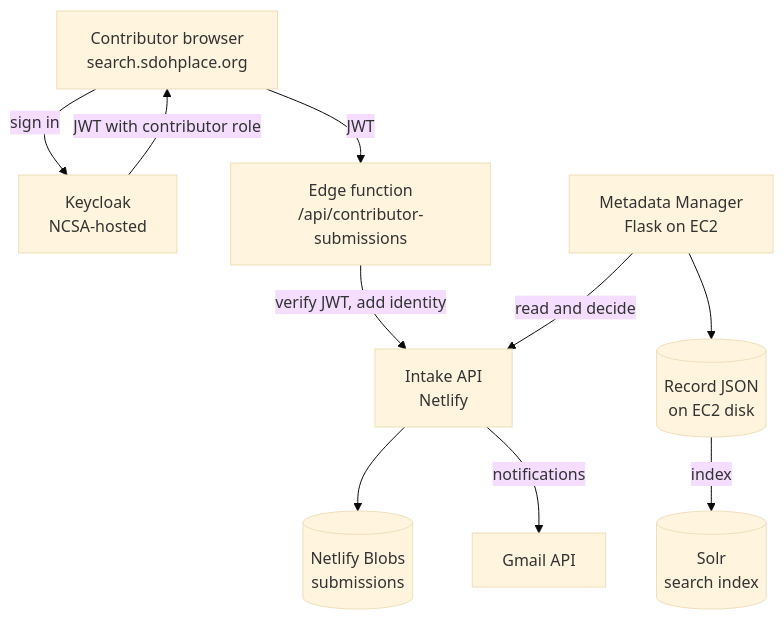
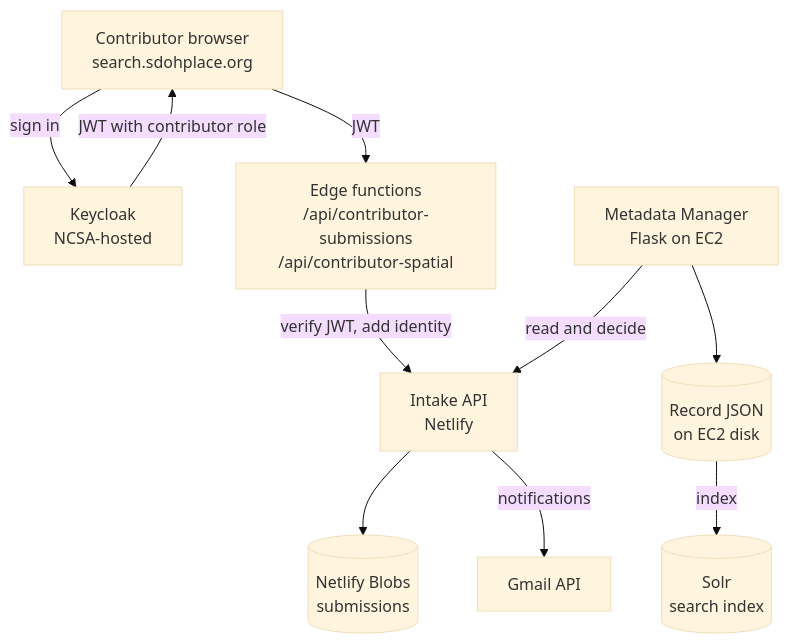
The diagram in README.md (healthyregions/sdohplace-data-discovery), drawn with Mermaid (base theme) before and after one commit. The commit also changed other lines of this file and 12 other files, not shown here.

Commit message:
#65: add generate geospatial data button to user contribution ui and connect to intake api for lambda function

````diff
--- a/README.md
+++ b/README.md
@@ -128,22 +128,22 @@
 ```mermaid
 flowchart TB
     U["Contributor browser<br/>search.sdohplace.org"]
     K["Keycloak<br/>NCSA-hosted"]
-    E["Edge function<br/>/api/contributor-submissions"]
+    E["Edge functions<br/>/api/contributor-submissions<br/>/api/contributor-spatial"]
     I["Intake API<br/>Netlify"]
     B[("Netlify Blobs<br/>submissions")]
     M["Metadata Manager<br/>Flask on EC2"]
     R[("Record JSON<br/>on EC2 disk")]
     S[("Solr<br/>search index")]
     G["Gmail API"]
 
     U -->|"sign in"| K
     K -->|"JWT with contributor role"| U
     U -->|"JWT"| E
     E -->|"verify JWT, add identity"| I
     I --> B
     M -->|"read and decide"| I
     M --> R
     R -->|"index"| S
     I -->|"notifications"| G
 ```
````
